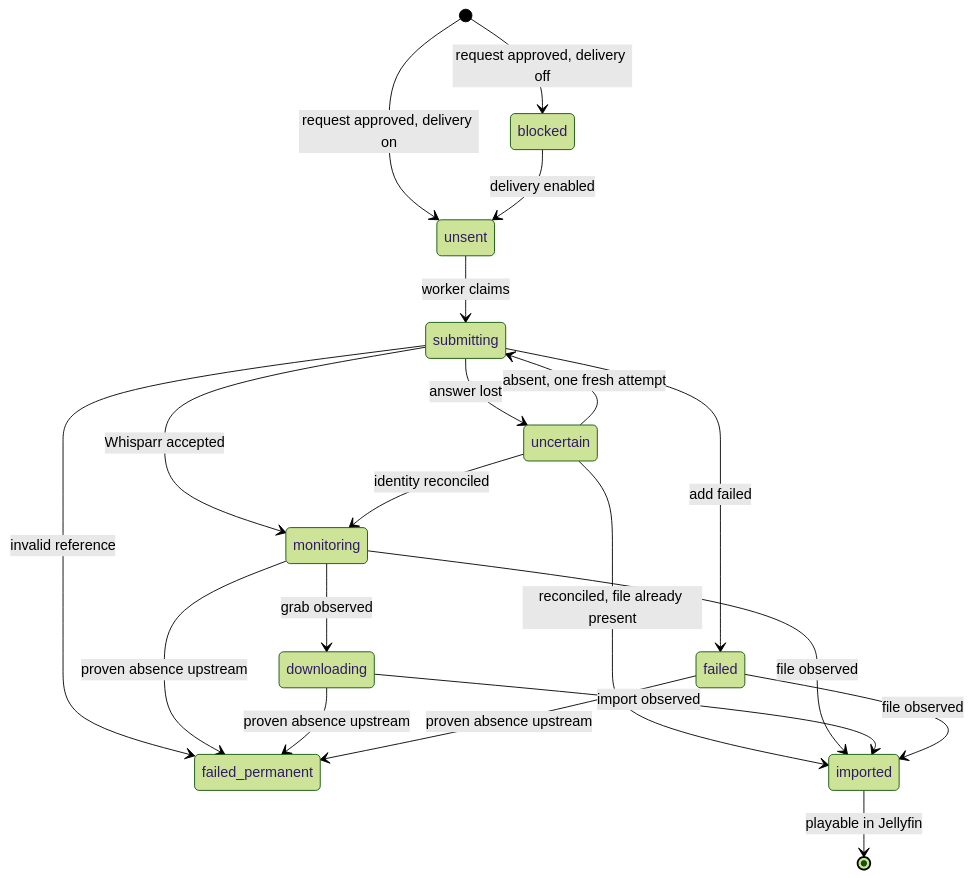
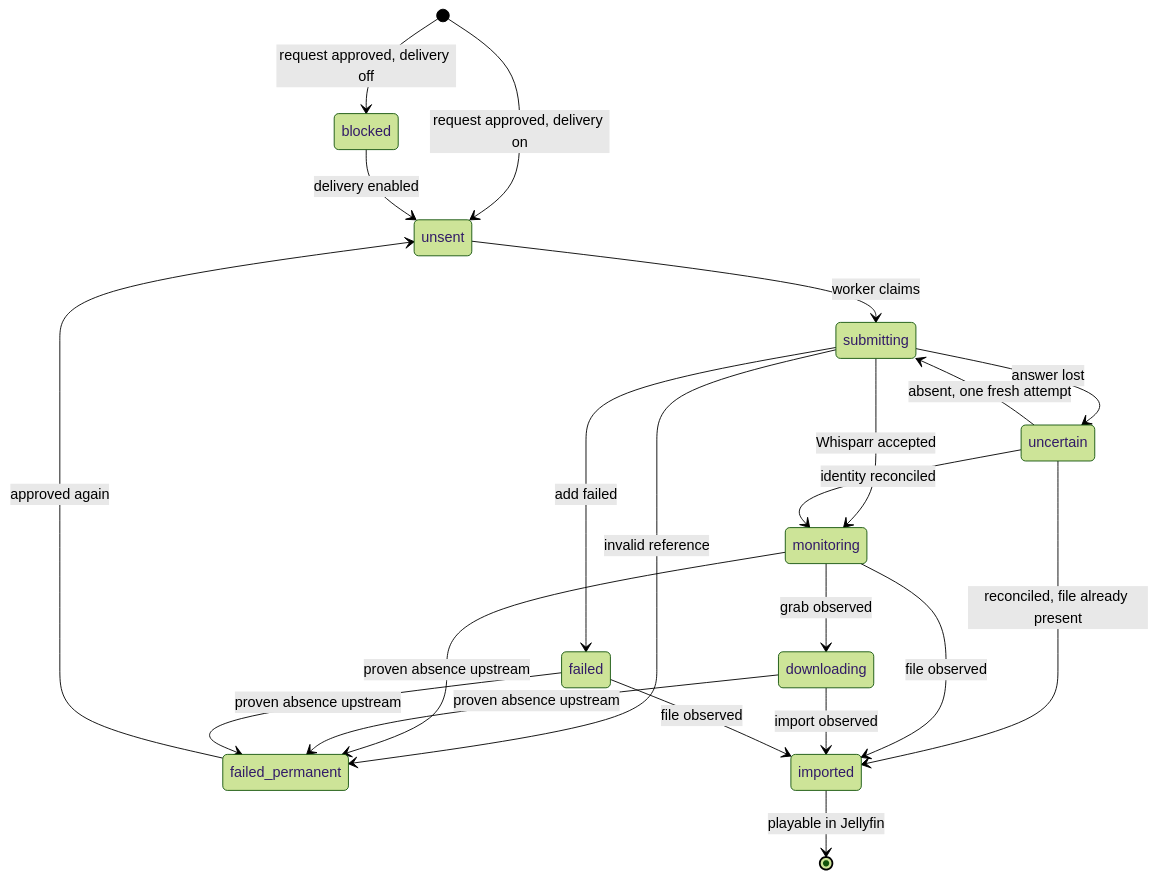
One commit to Skare69/velvarr changed the third of 3 diagrams in docs/how-it-works.md. Above: the diagram before and after it, drawn with Mermaid (forest theme). The commit also changed other lines of this file and 2 other files, not shown here.

````diff
--- a/docs/how-it-works.md
+++ b/docs/how-it-works.md
@@ -192,22 +192,23 @@
 ```mermaid
 stateDiagram-v2
   [*] --> unsent: request approved, delivery on
   [*] --> blocked: request approved, delivery off
   unsent --> submitting: worker claims
   blocked --> unsent: delivery enabled
   submitting --> monitoring: Whisparr accepted
   submitting --> uncertain: answer lost
   submitting --> failed: add failed
   submitting --> failed_permanent: invalid reference
   uncertain --> monitoring: identity reconciled
   uncertain --> imported: reconciled, file already present
   uncertain --> submitting: absent, one fresh attempt
   monitoring --> downloading: grab observed
   monitoring --> imported: file observed
   monitoring --> failed_permanent: proven absence upstream
   downloading --> imported: import observed
   downloading --> failed_permanent: proven absence upstream
   failed --> failed_permanent: proven absence upstream
   failed --> imported: file observed
+  failed_permanent --> unsent: approved again
   imported --> [*]: playable in Jellyfin
 ```
````
